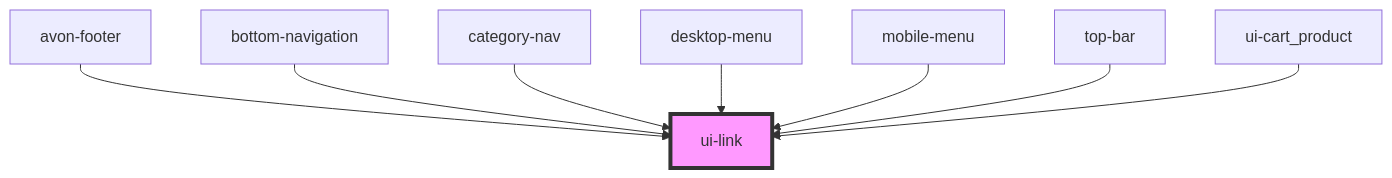
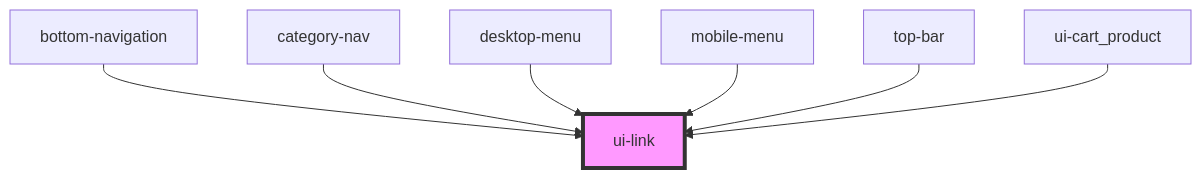
The diagram in src/components/ui-link/readme.md (ankitghanekar-hcl/ui-shared-web-components), drawn with Mermaid before and after one commit. The commit also changed other lines of this file and 9 other files, not shown here.

````diff
--- a/src/components/ui-link/readme.md
+++ b/src/components/ui-link/readme.md
@@ -31,11 +30,10 @@
 ```mermaid
 graph TD;
-  avon-footer --> ui-link
   bottom-navigation --> ui-link
   category-nav --> ui-link
   desktop-menu --> ui-link
   mobile-menu --> ui-link
   top-bar --> ui-link
   ui-cart_product --> ui-link
   style ui-link fill:#f9f,stroke:#333,stroke-width:4px
 ```
````
